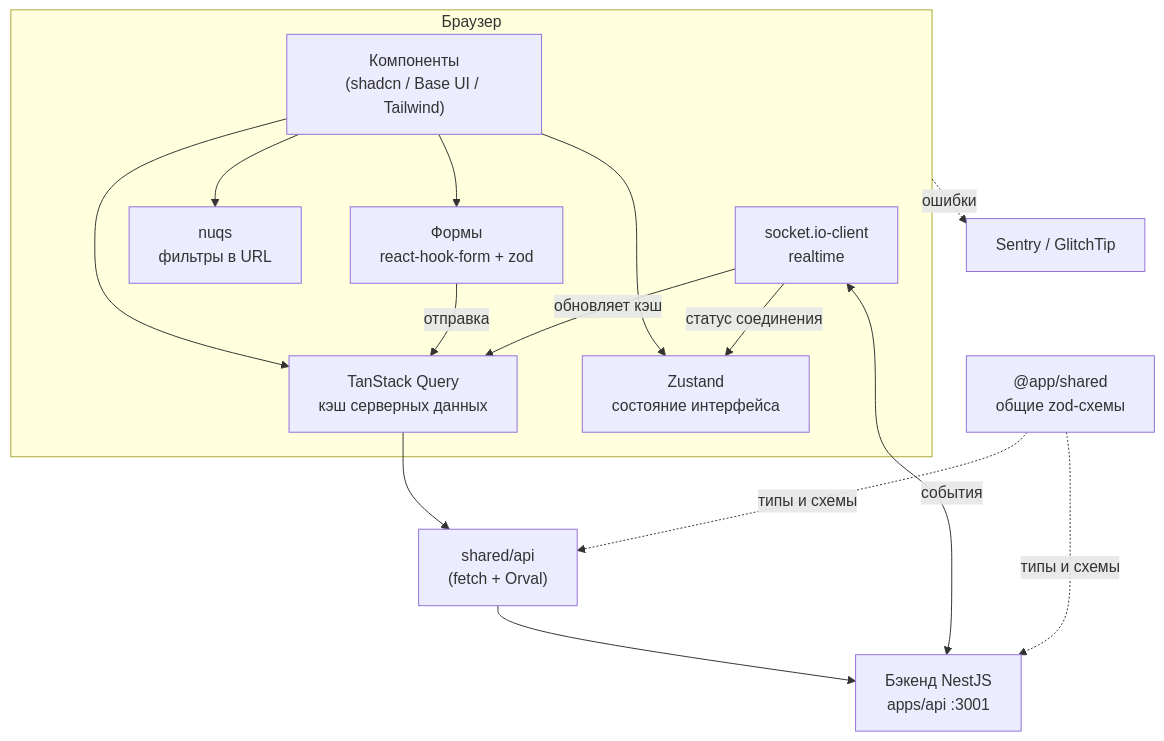
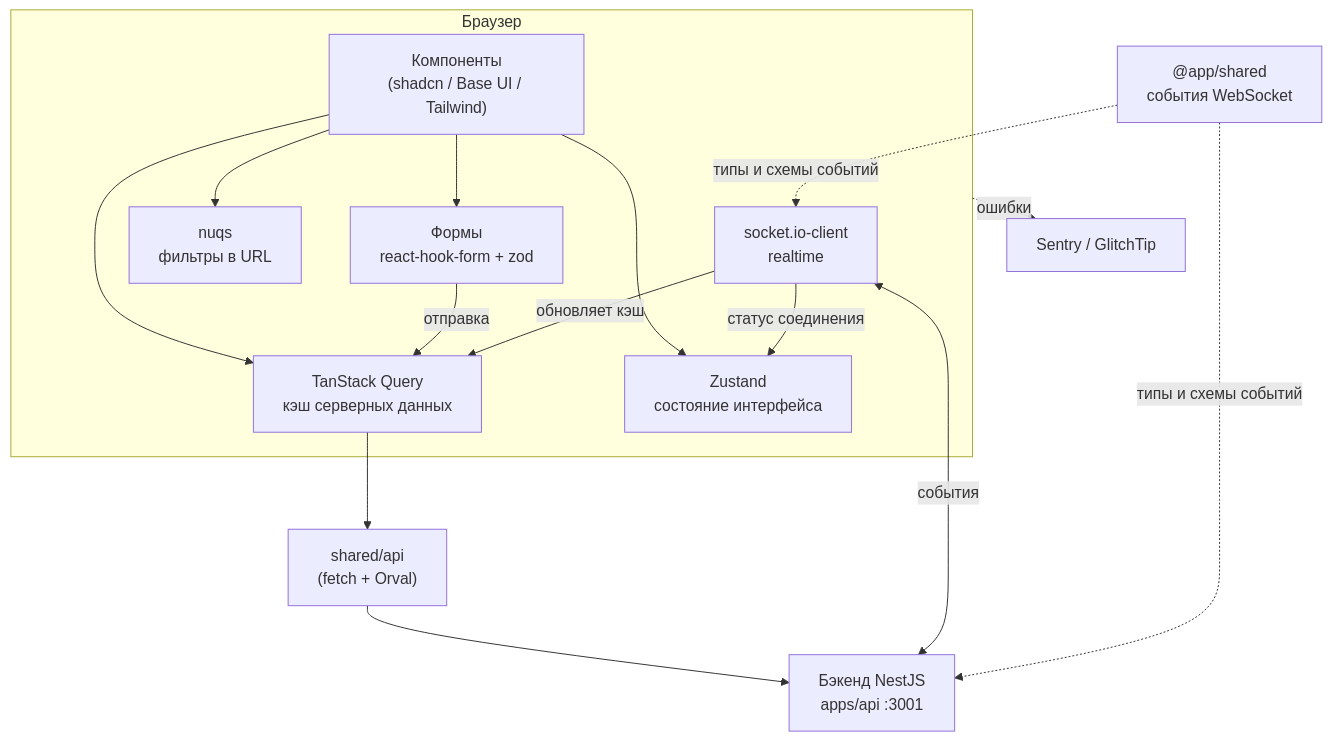
The diagram in apps/web/docs/architecture.md (project-messenger/monorepo-app), drawn with Mermaid before and after one commit. The commit also changed other lines of this file and 44 other files, not shown here.

````diff
--- a/apps/web/docs/architecture.md
+++ b/apps/web/docs/architecture.md
@@ -110,29 +110,29 @@
 ```mermaid
 flowchart TB
     subgraph browser["Браузер"]
         UI["Компоненты<br/>(shadcn / Base UI / Tailwind)"]
         Forms["Формы<br/>react-hook-form + zod"]
         Q["TanStack Query<br/>кэш серверных данных"]
         Z["Zustand<br/>состояние интерфейса"]
         URL["nuqs<br/>фильтры в URL"]
         S["socket.io-client<br/>realtime"]
     end
 
     API["shared/api<br/>(fetch + Orval)"]
     BE["Бэкенд NestJS<br/>apps/api :3001"]
-    Shared["@app/shared<br/>общие zod-схемы"]
+    Shared["@app/shared<br/>события WebSocket"]
     Sentry["Sentry / GlitchTip"]
 
     UI --> Forms
     UI --> Q
     UI --> Z
     UI --> URL
     Forms -- "отправка" --> Q
     Q --> API --> BE
     S <-- "события" --> BE
     S -- "обновляет кэш" --> Q
     S -- "статус соединения" --> Z
-    Shared -. "типы и схемы" .-> API
-    Shared -. "типы и схемы" .-> BE
+    Shared -. "типы и схемы событий" .-> S
+    Shared -. "типы и схемы событий" .-> BE
     browser -. "ошибки" .-> Sentry
 ```
````
